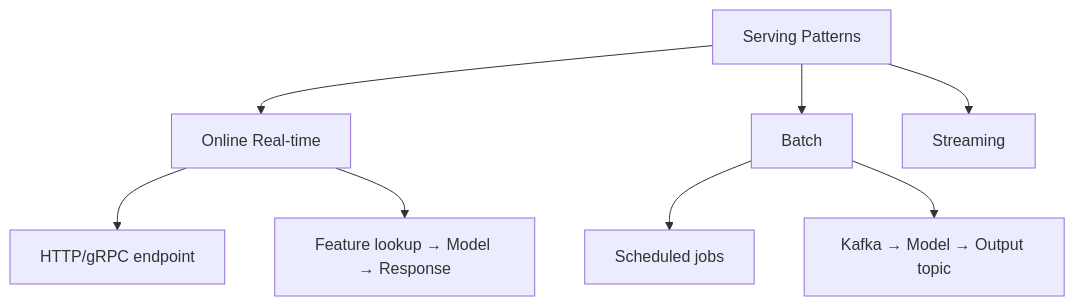
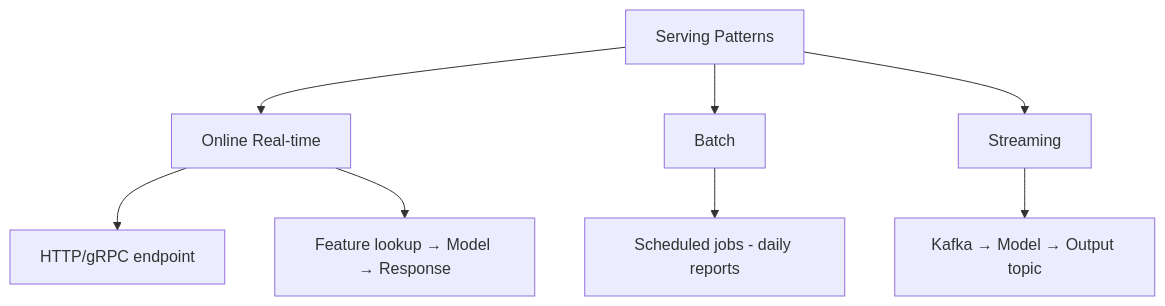
One commit to vanos001/placement_prep changed the first of 7 diagrams in src/ml/system-design/model-serving.md. Above: the diagram before and after it, drawn with Mermaid. The commit also changed other lines of this file and 21 other files, not shown here.

````diff
--- a/src/ml/system-design/model-serving.md
+++ b/src/ml/system-design/model-serving.md
@@ -9,10 +9,10 @@
 ```mermaid
 graph TD
     A[Serving Patterns] --> B[Online Real-time]
     A --> C[Batch]
     A --> D[Streaming]
     B --> B1[HTTP/gRPC endpoint]
     B --> B2[Feature lookup → Model → Response]
-    C --> C1[Scheduled jobs]
-    C --> D1[Kafka → Model → Output topic]
+    C --> C1[Scheduled jobs - daily reports]
+    D --> D1[Kafka → Model → Output topic]
 ```
````
